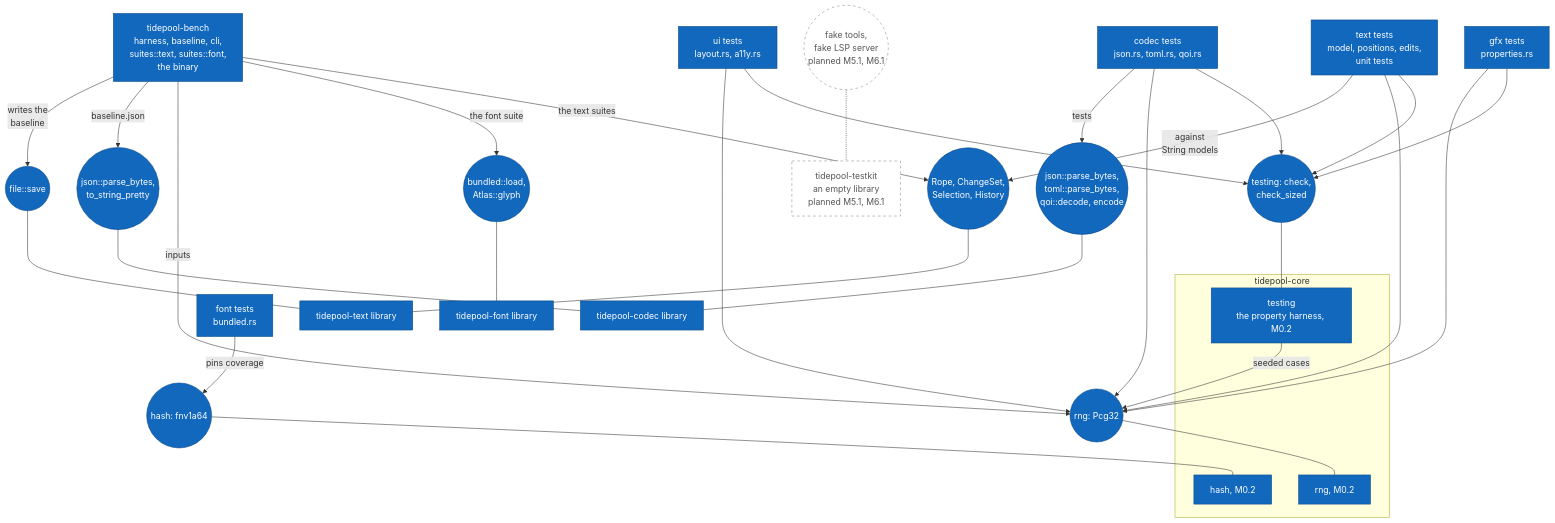
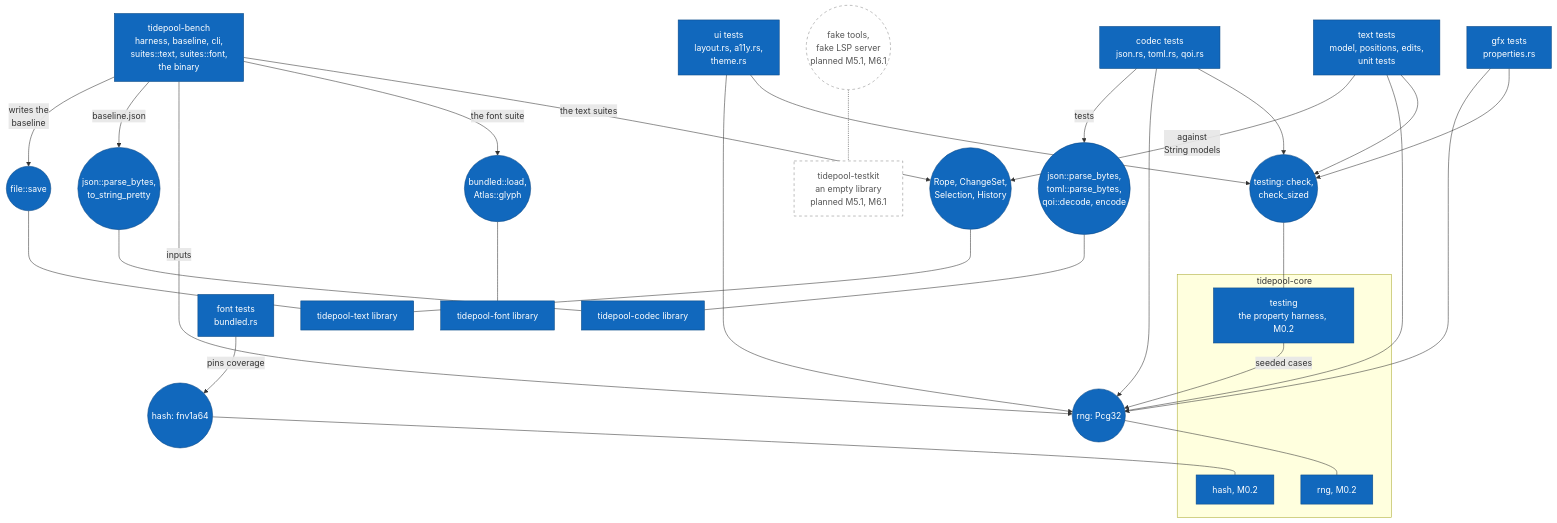
Before and after one commit to jabbott-iii/Tidepool: diagram 21 of 21 in diagrams/component-diagrams.md, drawn with Mermaid. The commit also changed other lines of this file and 50 other files, not shown here.

````diff
--- a/diagrams/component-diagrams.md
+++ b/diagrams/component-diagrams.md
@@ -1242,64 +1287,64 @@
 ```mermaid
 flowchart TB
     c_ctests["codec tests<br/>json.rs, toml.rs, qoi.rs"]
     c_ttests["text tests<br/>model, positions, edits,<br/>unit tests"]
     c_gtests["gfx tests<br/>properties.rs"]
     c_ftests["font tests<br/>bundled.rs"]
-    c_utests["ui tests<br/>layout.rs, a11y.rs"]
+    c_utests["ui tests<br/>layout.rs, a11y.rs,<br/>theme.rs"]
     c_bench["tidepool-bench<br/>harness, baseline, cli,<br/>suites::text, suites::font,<br/>the binary"]
 
     i_check(("testing: check,<br/>check_sized"))
     i_pcg(("rng: Pcg32"))
     i_cparse(("json::parse_bytes,<br/>toml::parse_bytes,<br/>qoi::decode, encode"))
     i_tall(("Rope, ChangeSet,<br/>Selection, History"))
     i_bjson(("json::parse_bytes,<br/>to_string_pretty"))
     i_save(("file::save"))
     i_sha(("hash: fnv1a64"))
     i_fill(("bundled::load,<br/>Atlas::glyph"))
 
     subgraph sg_core["tidepool-core"]
         c_testing["testing<br/>the property harness, M0.2"]
         c_rng["rng, M0.2"]
         c_hash["hash, M0.2"]
     end
     c_codec["tidepool-codec library"]
     c_text["tidepool-text library"]
     c_font6["tidepool-font library"]
 
     c_testkit["tidepool-testkit<br/>an empty library<br/>planned M5.1, M6.1"]
     i_fakes(("fake tools,<br/>fake LSP server<br/>planned M5.1, M6.1"))
 
     c_ctests --> i_check
     c_ctests --> i_pcg
     c_ctests -->|"tests"| i_cparse
     c_ttests --> i_check
     c_ttests --> i_pcg
     c_ttests -->|"against<br/>String models"| i_tall
     c_gtests --> i_check
     c_gtests --> i_pcg
     c_ftests -->|"pins coverage"| i_sha
     c_utests --> i_check
     c_utests --> i_pcg
     c_bench -->|"the text suites"| i_tall
     c_bench -->|"the font suite"| i_fill
     c_bench -->|"inputs"| i_pcg
     c_bench -->|"baseline.json"| i_bjson
     c_bench -->|"writes the<br/>baseline"| i_save
 
     i_check --- c_testing
     c_testing -->|"seeded cases"| i_pcg
     i_pcg --- c_rng
     i_sha --- c_hash
     i_cparse --- c_codec
     i_bjson --- c_codec
     i_tall --- c_text
     i_save --- c_text
     i_fill --- c_font6
     i_fakes -.- c_testkit
 
     classDef built fill:#1168bd,stroke:#0b4884,color:#ffffff
     classDef planned fill:#ffffff,stroke:#888888,stroke-dasharray: 5 5,color:#555555
     class c_ctests,c_ttests,c_gtests,c_ftests,c_utests,c_bench,c_testing,c_rng,c_hash,c_codec,c_text,c_font6 built
     class i_check,i_pcg,i_cparse,i_tall,i_bjson,i_save,i_sha,i_fill built
     class c_testkit,i_fakes planned
 ```
````
